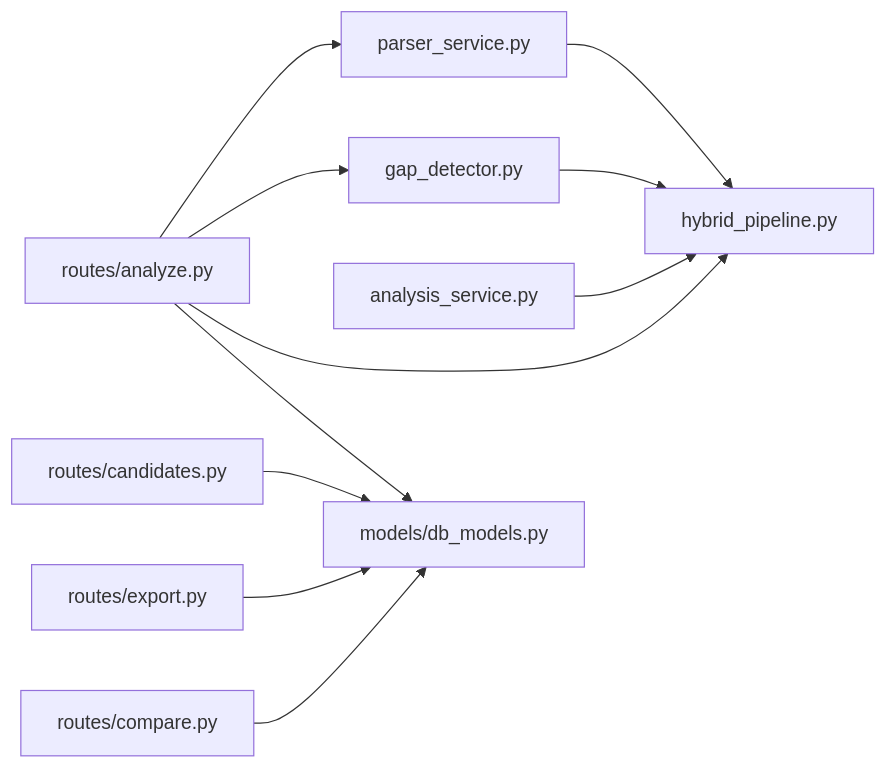
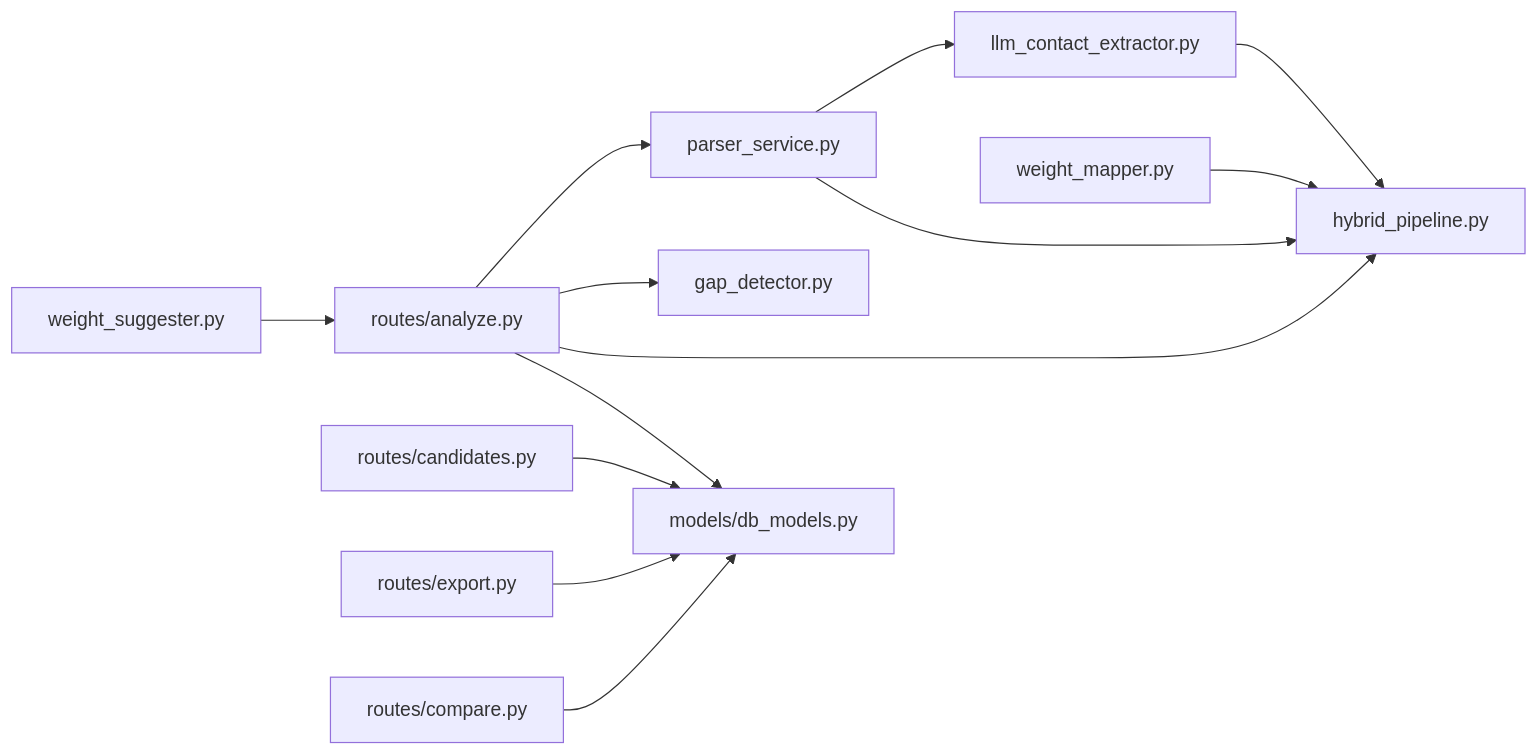
One commit to Revanththetalogics/aireume changed diagram 11 of 11 in .qoder/repowiki/en/content/Candidate Management/Candidate Management.md. Above: the diagram before and after it, drawn with Mermaid. The commit also changed other lines of this file and 20 other files, not shown here.

````diff
--- a/.qoder/repowiki/en/content/Candidate Management/Candidate Management.md
+++ b/.qoder/repowiki/en/content/Candidate Management/Candidate Management.md
@@ -411,13 +523,15 @@
 ```mermaid
 graph LR
-PS["parser_service.py"] --> HP["hybrid_pipeline.py"]
-GD["gap_detector.py"] --> HP
-AS["analysis_service.py"] --> HP
-RA["routes/analyze.py"] --> PS
-RA --> GD
+PS["parser_service.py"] --> LCE["llm_contact_extractor.py"]
+PS --> HP["hybrid_pipeline.py"]
+LCE --> HP
+WM["weight_mapper.py"] --> HP
+WS["weight_suggester.py"] --> RA["routes/analyze.py"]
+RA --> PS
+RA --> GD["gap_detector.py"]
 RA --> HP
 RA --> DBM["models/db_models.py"]
 RC["routes/candidates.py"] --> DBM
 RE["routes/export.py"] --> DBM
 RCM["routes/compare.py"] --> DBM
 ```
````
